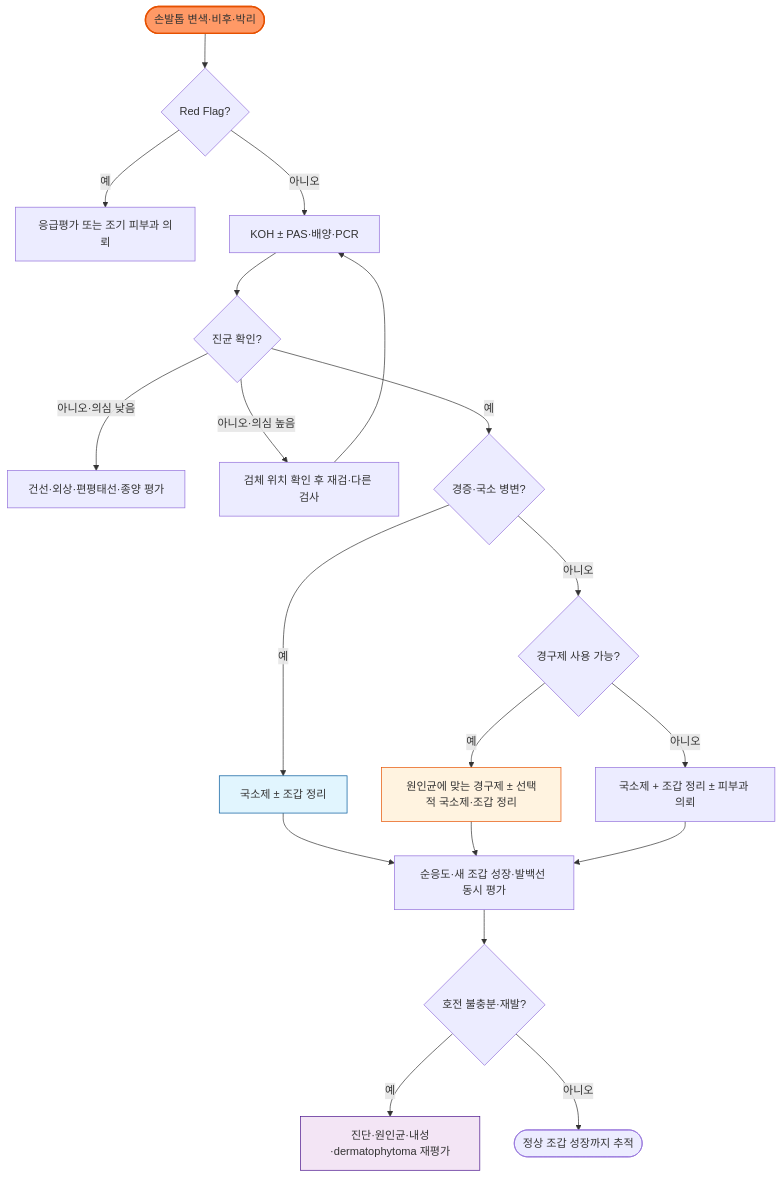
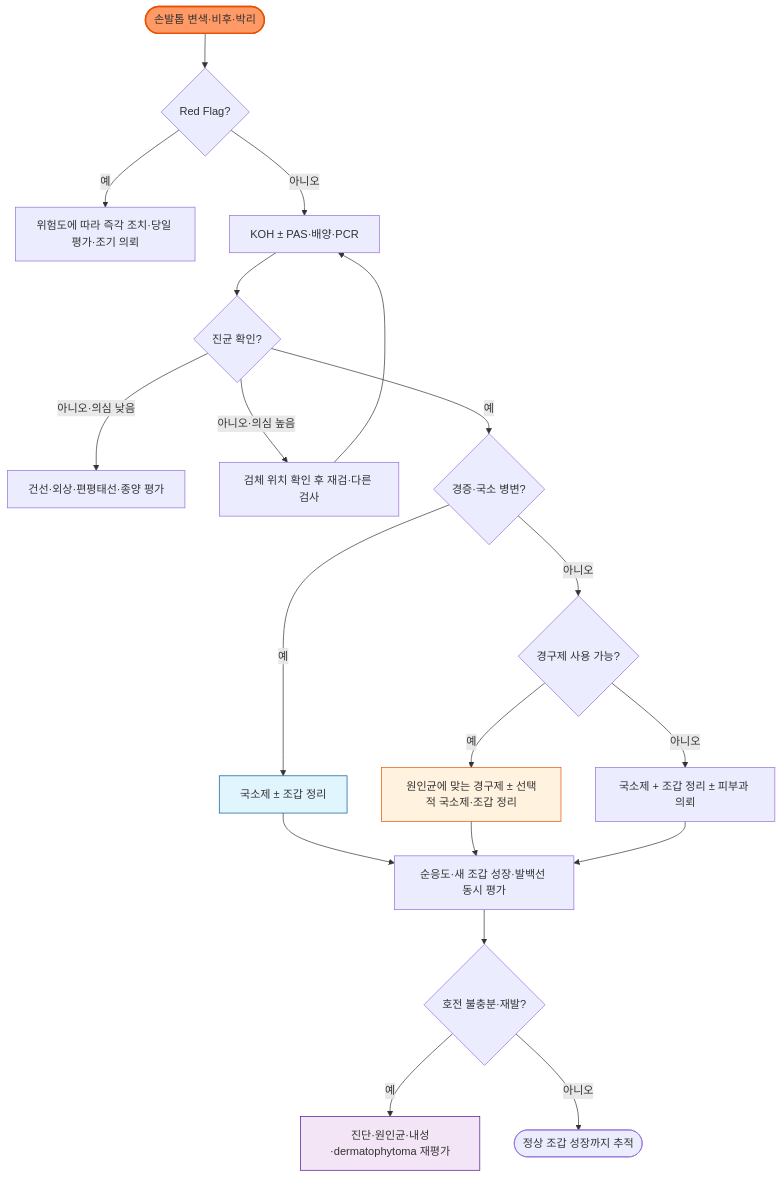
One commit to familyoh77/familyoh77 changed the diagram in 229_/173_-onychomycosis-tinea-unguium.md. Above: the diagram before and after it, drawn with Mermaid. The commit also changed other lines of this file, not shown here.

````diff
--- a/229_/173_-onychomycosis-tinea-unguium.md
+++ b/229_/173_-onychomycosis-tinea-unguium.md
@@ -102,25 +103,25 @@
 ```mermaid
 flowchart TB
     A([손발톱 변색·비후·박리]) --> B{Red Flag?}
-    B -- 예 --> C[응급평가 또는 조기 피부과 의뢰]
+    B -- 예 --> C[위험도에 따라 즉각 조치·당일 평가·조기 의뢰]
     B -- 아니오 --> D[KOH ± PAS·배양·PCR]
     D --> E{진균 확인?}
     E -- 아니오·의심 낮음 --> F[건선·외상·편평태선·종양 평가]
     E -- 아니오·의심 높음 --> G[검체 위치 확인 후 재검·다른 검사]
     G --> D
     E -- 예 --> H{경증·국소 병변?}
     H -- 예 --> I[국소제 ± 조갑 정리]
     H -- 아니오 --> J{경구제 사용 가능?}
     J -- 예 --> K[원인균에 맞는 경구제 ± 선택적 국소제·조갑 정리]
     J -- 아니오 --> L[국소제 + 조갑 정리 ± 피부과 의뢰]
     I --> M[순응도·새 조갑 성장·발백선 동시 평가]
     K --> M
     L --> M
     M --> N{호전 불충분·재발?}
     N -- 예 --> O[진단·원인균·내성·dermatophytoma 재평가]
     N -- 아니오 --> P([정상 조갑 성장까지 추적])
     style A fill:#f96,stroke:#e65100,stroke-width:2px
     style I fill:#e1f5fe,stroke:#01579b
     style K fill:#fff3e0,stroke:#e65100
     style O fill:#f3e5f5,stroke:#4a148c
 ```
````
